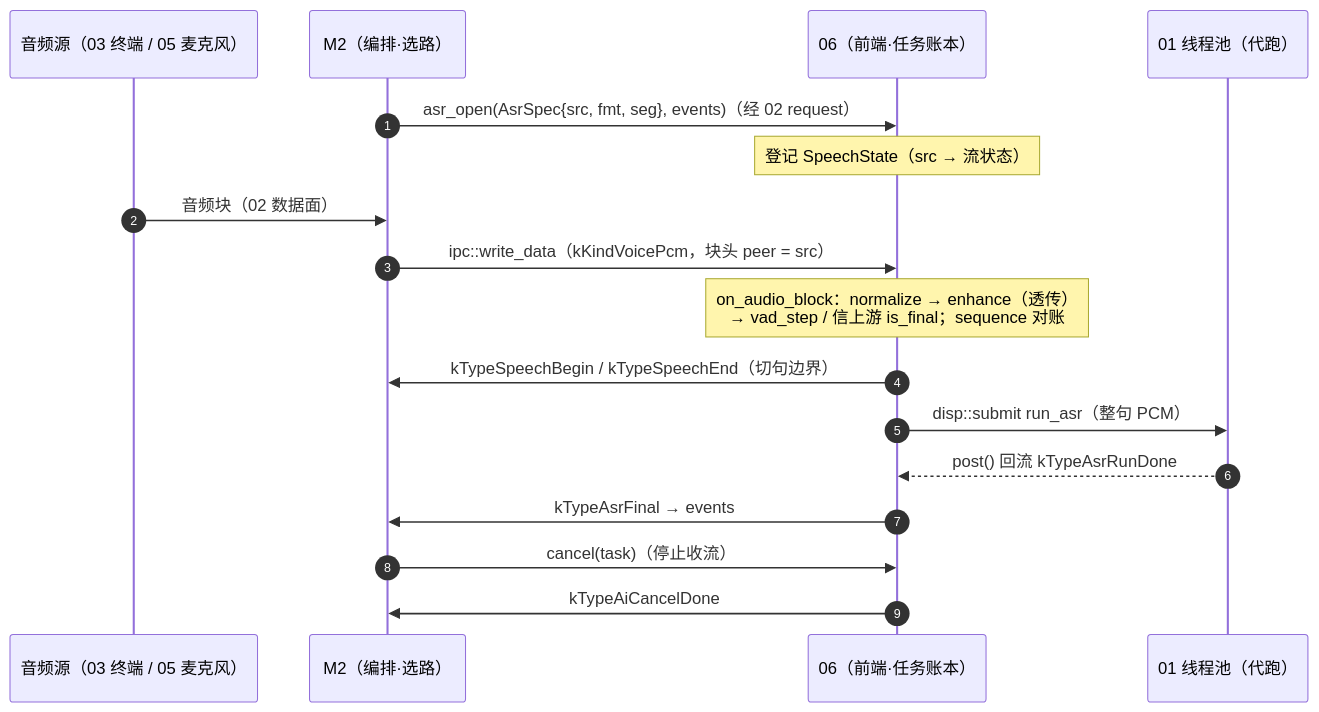
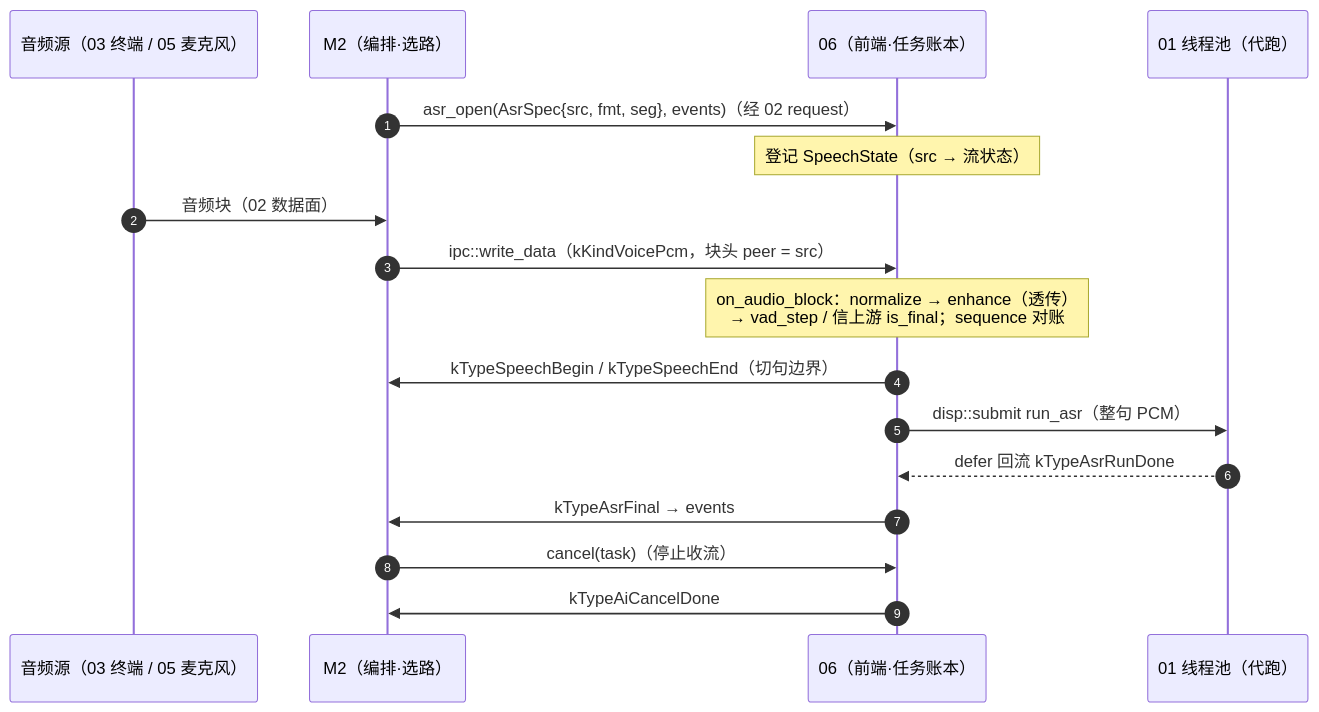
Before and after one commit to hihfe/smartdoll: the first of 3 diagrams in doc/modules/06-ai.md, drawn with Mermaid. The commit also changed other lines of this file and 7 other files, not shown here.

````diff
--- a/doc/modules/06-ai.md
+++ b/doc/modules/06-ai.md
@@ -281,20 +281,20 @@
 ```mermaid
 sequenceDiagram
     autonumber
     participant SRC as 音频源（03 终端 / 05 麦克风）
     participant M2 as M2（编排·选路）
     participant AI as 06（前端·任务账本）
     participant POOL as 01 线程池（代跑）
 
     M2->>AI: asr_open(AsrSpec{src, fmt, seg}, events)（经 02 request）
     Note over AI: 登记 SpeechState（src → 流状态）
     SRC->>M2: 音频块（02 数据面）
     M2->>AI: ipc::write_data（kKindVoicePcm，块头 peer = src）
     Note over AI: on_audio_block：normalize → enhance（透传）<br/>→ vad_step / 信上游 is_final；sequence 对账
     AI->>M2: kTypeSpeechBegin / kTypeSpeechEnd（切句边界）
     AI->>POOL: disp::submit run_asr（整句 PCM）
-    POOL-->>AI: post() 回流 kTypeAsrRunDone
+    POOL-->>AI: defer 回流 kTypeAsrRunDone
     AI->>M2: kTypeAsrFinal → events
     M2->>AI: cancel(task)（停止收流）
     AI->>M2: kTypeAiCancelDone
 ```
````
